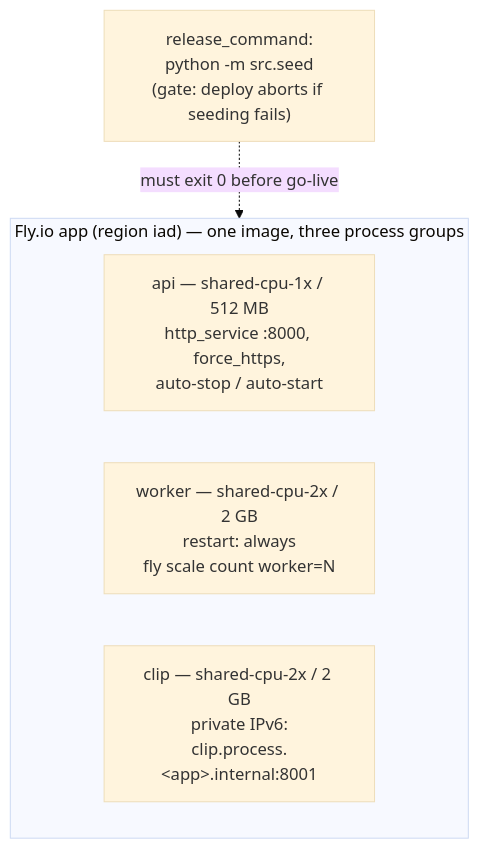
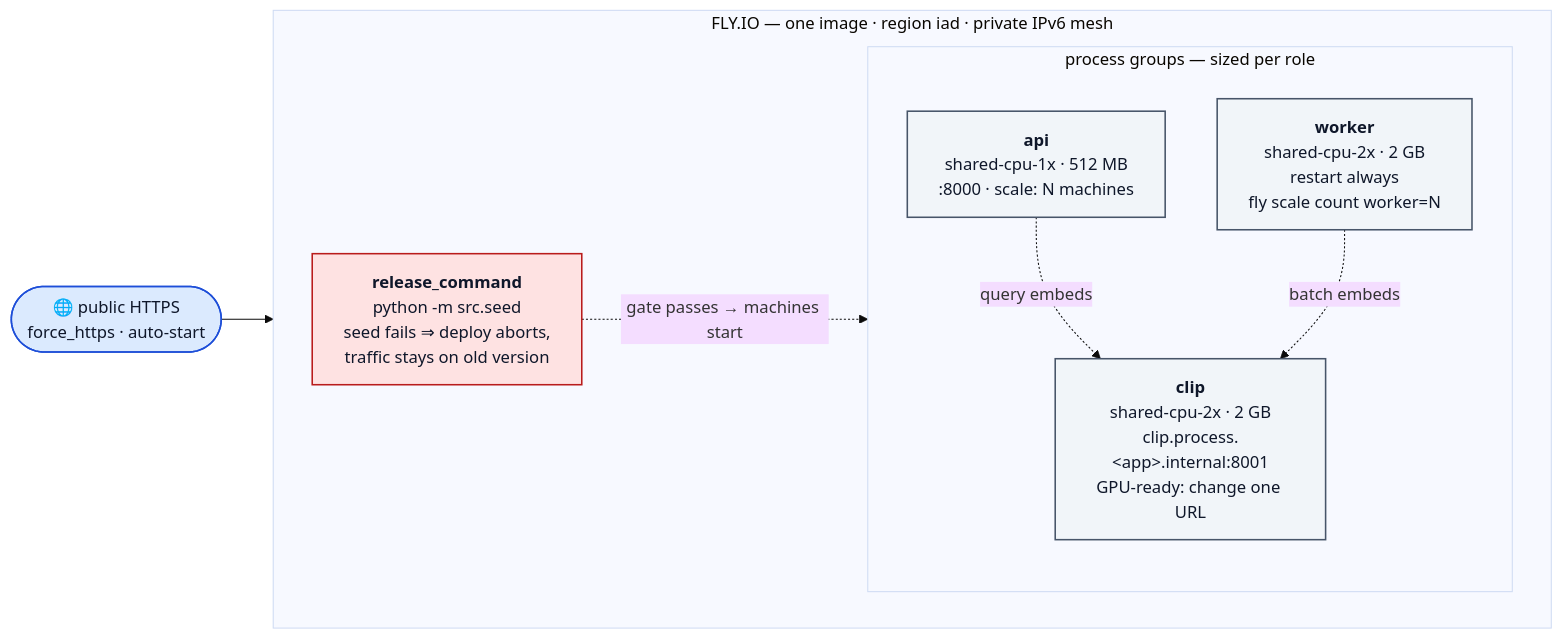
Before and after one commit to Bhardwaj-Saurabh/ScholarMomentSearch: the second of 6 diagrams in ARCHITECTURE.md, drawn with Mermaid (base theme). The commit also changed other lines of this file, not shown here.

Commit message:
Redesign HLD diagrams: layered layout, color-coded read/write paths

````diff
--- a/ARCHITECTURE.md
+++ b/ARCHITECTURE.md
@@ -105,11 +127,24 @@
 ```mermaid
-flowchart TB
-  subgraph fly ["Fly.io app (region iad) — one image, three process groups"]
+flowchart LR
+  classDef gate fill:#fee2e2,stroke:#b91c1c,stroke-width:1.5px,color:#0f172a
+  classDef proc fill:#f1f5f9,stroke:#475569,stroke-width:1.5px,color:#0f172a
+  classDef edge fill:#dbeafe,stroke:#1d4ed8,stroke-width:1.5px,color:#0f172a
+
+  WWW(["🌐 public HTTPS<br/>force_https · auto-start"]):::edge
+
+  subgraph FLY ["FLY.IO — one image · region iad · private IPv6 mesh"]
     direction LR
-    FAPI["api — shared-cpu-1x / 512 MB<br/>http_service :8000, force_https,<br/>auto-stop / auto-start"]
-    FW["worker — shared-cpu-2x / 2 GB<br/>restart: always<br/>fly scale count worker=N"]
-    FCLIP["clip — shared-cpu-2x / 2 GB<br/>private IPv6:<br/>clip.process.&lt;app&gt;.internal:8001"]
+    REL["<b>release_command</b><br/>python -m src.seed<br/>seed fails ⇒ deploy aborts,<br/>traffic stays on old version"]:::gate
+    subgraph PROCS ["process groups — sized per role"]
+      direction TB
+      FAPI["<b>api</b><br/>shared-cpu-1x · 512 MB<br/>:8000 · scale: N machines"]:::proc
+      FWK["<b>worker</b><br/>shared-cpu-2x · 2 GB<br/>restart always<br/>fly scale count worker=N"]:::proc
+      FCLIP["<b>clip</b><br/>shared-cpu-2x · 2 GB<br/>clip.process.&lt;app&gt;.internal:8001<br/>GPU-ready: change one URL"]:::proc
+    end
   end
-  REL["release_command:<br/>python -m src.seed<br/>(gate: deploy aborts if seeding fails)"]
-  REL -.->|"must exit 0 before go-live"| fly
+
+  WWW --> FAPI
+  REL -.->|"gate passes → machines start"| PROCS
+  FAPI -.->|"query embeds"| FCLIP
+  FWK -.->|"batch embeds"| FCLIP
 ```
````
